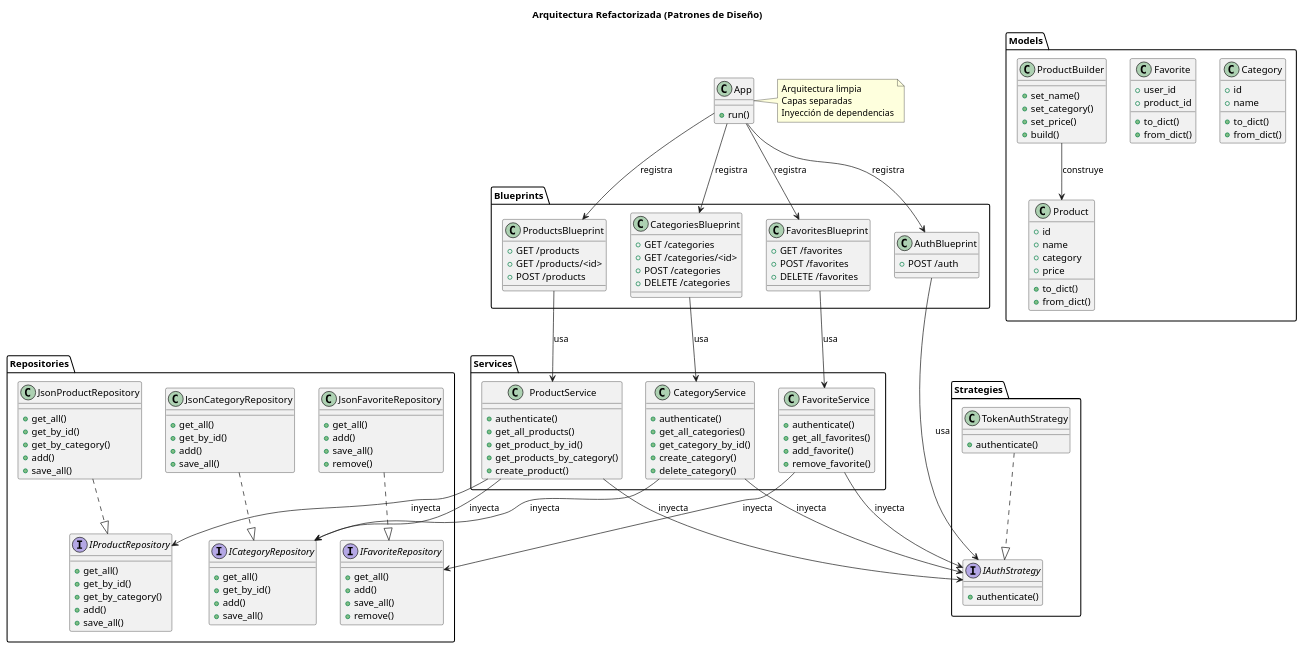
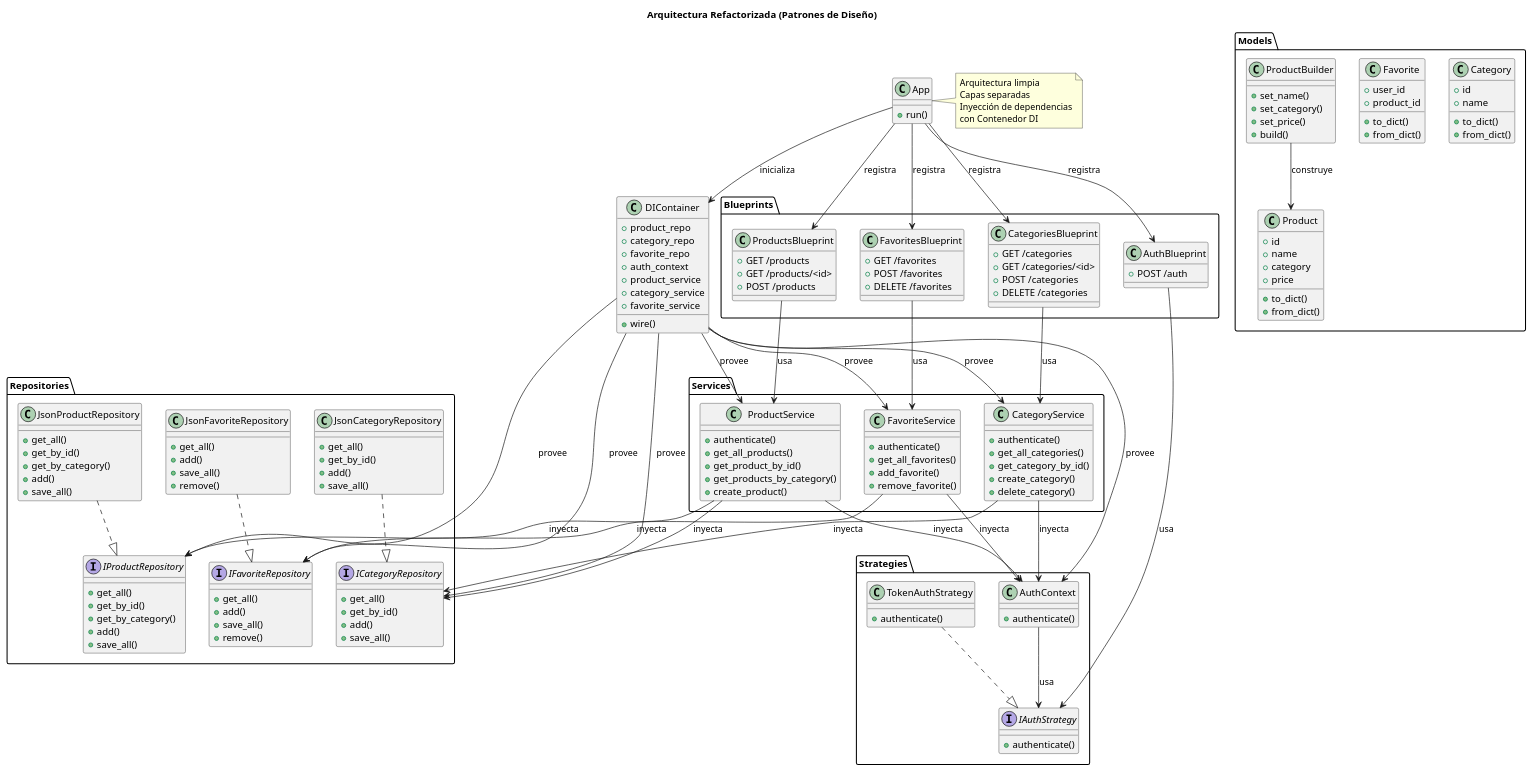
The diagram in diagrams/refactored_architecture.puml (ldavidflorez/course_desing_pattern), drawn with PlantUML before and after one commit.

Commit message:
docs: Update refactored architecture diagram
- Add AuthContext class and its relationship with IAuthStrategy
- Update services to inject AuthContext instead of IAuthStrategy
- Add DIContainer class with providers and wiring
- Update note to reflect DI Container usage

```diff
--- a/diagrams/refactored_architecture.puml
+++ b/diagrams/refactored_architecture.puml
@@ -1,175 +1,200 @@
 @startuml Refactored Architecture
 title Arquitectura Refactorizada (Patrones de Diseño)
 
 package Models {
     class Product {
         +id
         +name
         +category
         +price
         +to_dict()
         +from_dict()
     }
 
     class Category {
         +id
         +name
         +to_dict()
         +from_dict()
     }
 
     class Favorite {
         +user_id
         +product_id
         +to_dict()
         +from_dict()
     }
 
     class ProductBuilder {
         +set_name()
         +set_category()
         +set_price()
         +build()
     }
 
     ProductBuilder --> Product : construye
 }
 
 package Repositories {
     interface IProductRepository {
         +get_all()
         +get_by_id()
         +get_by_category()
         +add()
         +save_all()
     }
 
     interface ICategoryRepository {
         +get_all()
         +get_by_id()
         +add()
         +save_all()
     }
 
     interface IFavoriteRepository {
         +get_all()
         +add()
         +save_all()
         +remove()
     }
 
     class JsonProductRepository {
         +get_all()
         +get_by_id()
         +get_by_category()
         +add()
         +save_all()
     }
 
     class JsonCategoryRepository {
         +get_all()
         +get_by_id()
         +add()
         +save_all()
     }
 
     class JsonFavoriteRepository {
         +get_all()
         +add()
         +save_all()
         +remove()
     }
 
     JsonProductRepository ..|> IProductRepository
     JsonCategoryRepository ..|> ICategoryRepository
     JsonFavoriteRepository ..|> IFavoriteRepository
 }
 
 package Strategies {
     interface IAuthStrategy {
         +authenticate()
     }
 
     class TokenAuthStrategy {
         +authenticate()
     }
 
+    class AuthContext {
+        +authenticate()
+    }
+
     TokenAuthStrategy ..|> IAuthStrategy
+    AuthContext --> IAuthStrategy : usa
 }
 
 package Services {
     class ProductService {
         +authenticate()
         +get_all_products()
         +get_product_by_id()
         +get_products_by_category()
         +create_product()
     }
 
     class CategoryService {
         +authenticate()
         +get_all_categories()
         +get_category_by_id()
         +create_category()
         +delete_category()
     }
 
     class FavoriteService {
         +authenticate()
         +get_all_favorites()
         +add_favorite()
         +remove_favorite()
     }
 
     ProductService --> IProductRepository : inyecta
     ProductService --> ICategoryRepository : inyecta
-    ProductService --> IAuthStrategy : inyecta
+    ProductService --> AuthContext : inyecta
 
     CategoryService --> ICategoryRepository : inyecta
-    CategoryService --> IAuthStrategy : inyecta
+    CategoryService --> AuthContext : inyecta
 
     FavoriteService --> IFavoriteRepository : inyecta
-    FavoriteService --> IAuthStrategy : inyecta
+    FavoriteService --> AuthContext : inyecta
 }
 
 package Blueprints {
     class ProductsBlueprint {
         +GET /products
         +GET /products/<id>
         +POST /products
     }
 
     class CategoriesBlueprint {
         +GET /categories
         +GET /categories/<id>
         +POST /categories
         +DELETE /categories
     }
 
     class FavoritesBlueprint {
         +GET /favorites
         +POST /favorites
         +DELETE /favorites
     }
 
     class AuthBlueprint {
         +POST /auth
     }
 
     ProductsBlueprint --> ProductService : usa
     CategoriesBlueprint --> CategoryService : usa
     FavoritesBlueprint --> FavoriteService : usa
     AuthBlueprint --> IAuthStrategy : usa
 }
 
 class App {
     +run()
 }
 
+class DIContainer {
+    +product_repo
+    +category_repo
+    +favorite_repo
+    +auth_context
+    +product_service
+    +category_service
+    +favorite_service
+    +wire()
+}
+
+App --> DIContainer : inicializa
+DIContainer --> IProductRepository : provee
+DIContainer --> ICategoryRepository : provee
+DIContainer --> IFavoriteRepository : provee
+DIContainer --> AuthContext : provee
+DIContainer --> ProductService : provee
+DIContainer --> CategoryService : provee
+DIContainer --> FavoriteService : provee
+
 App --> ProductsBlueprint : registra
 App --> CategoriesBlueprint : registra
 App --> FavoritesBlueprint : registra
 App --> AuthBlueprint : registra
 
-note right of App : Arquitectura limpia\nCapas separadas\nInyección de dependencias
+note right of App : Arquitectura limpia\nCapas separadas\nInyección de dependencias\ncon Contenedor DI
 @enduml
```
